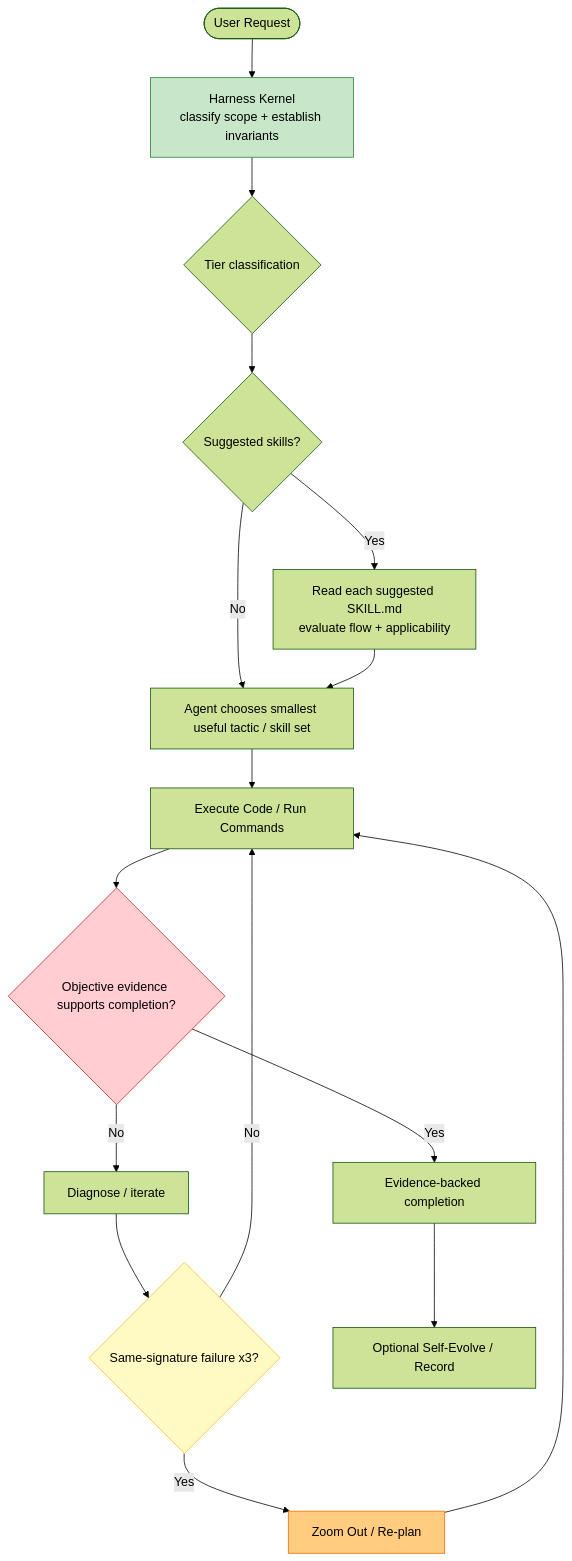
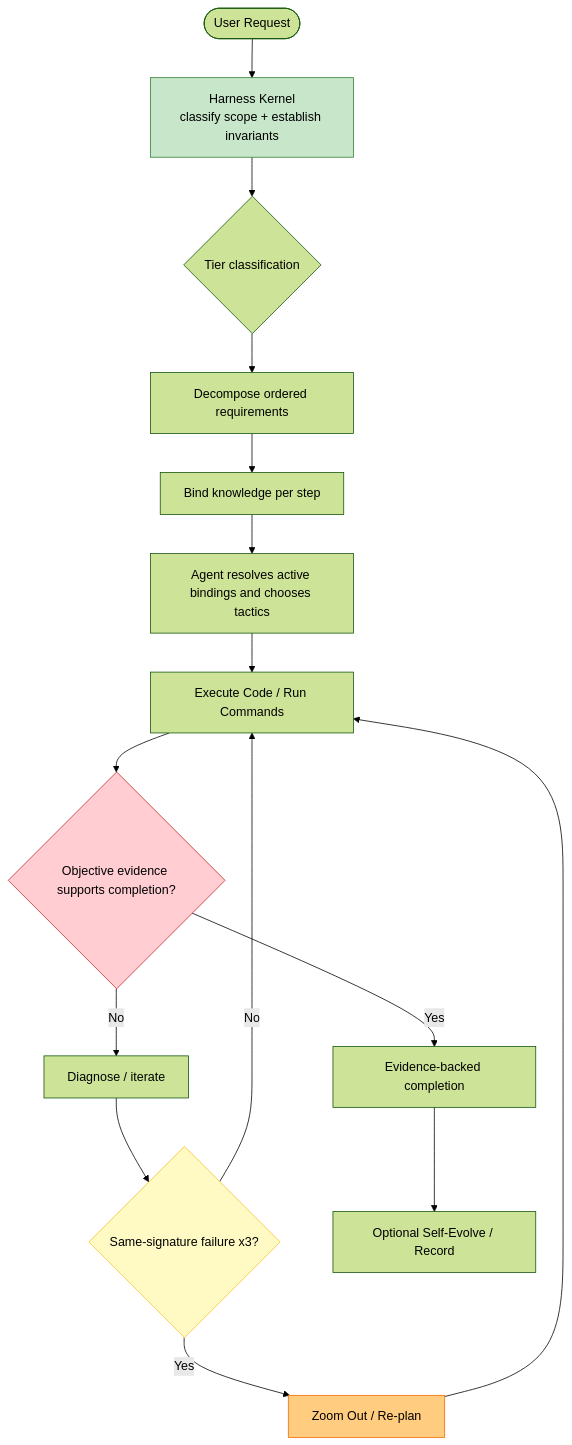
The second of 2 diagrams in README.md (dyphn1/Harness-everything), drawn with Mermaid (forest theme) before and after one commit. The commit also changed other lines of this file and 70 other files, not shown here.

First line of the commit message:
feat(workflow): bind knowledge to active steps

````diff
--- a/README.md
+++ b/README.md
@@ -137,22 +137,21 @@
 ```mermaid
 flowchart TD
     U([User Request]) --> K[Harness Kernel<br/>classify scope + establish invariants]
     K --> T{Tier classification}
-    T --> S{Suggested skills?}
-    S -->|Yes| R[Read each suggested SKILL.md<br/>evaluate flow + applicability]
-    S -->|No| A[Agent chooses smallest useful tactic / skill set]
-    R --> A
+    T --> D[Decompose ordered requirements]
+    D --> B[Bind knowledge per step]
+    B --> A[Agent resolves active bindings and chooses tactics]
     A --> Exec[Execute Code / Run Commands]
     Exec --> Gate{Objective evidence supports completion?}
     Gate -->|No| Retry[Diagnose / iterate]
     Retry --> CB{Same-signature failure x3?}
     CB -->|No| Exec
     CB -->|Yes| ZO[Zoom Out / Re-plan]
     ZO --> Exec
     Gate -->|Yes| Done[Evidence-backed completion]
     Done --> SE[Optional Self-Evolve / Record]
     style K fill:#c8e6c9,stroke:#2e7d32,stroke-width:1px,color:#000000
     style CB fill:#fff9c4,stroke:#fbc02d,stroke-width:1px,color:#000000
     style ZO fill:#ffcc80,stroke:#ef6c00,stroke-width:1px,color:#000000
     style Gate fill:#ffcdd2,stroke:#c62828,stroke-width:1px,color:#000000
 ```
````
